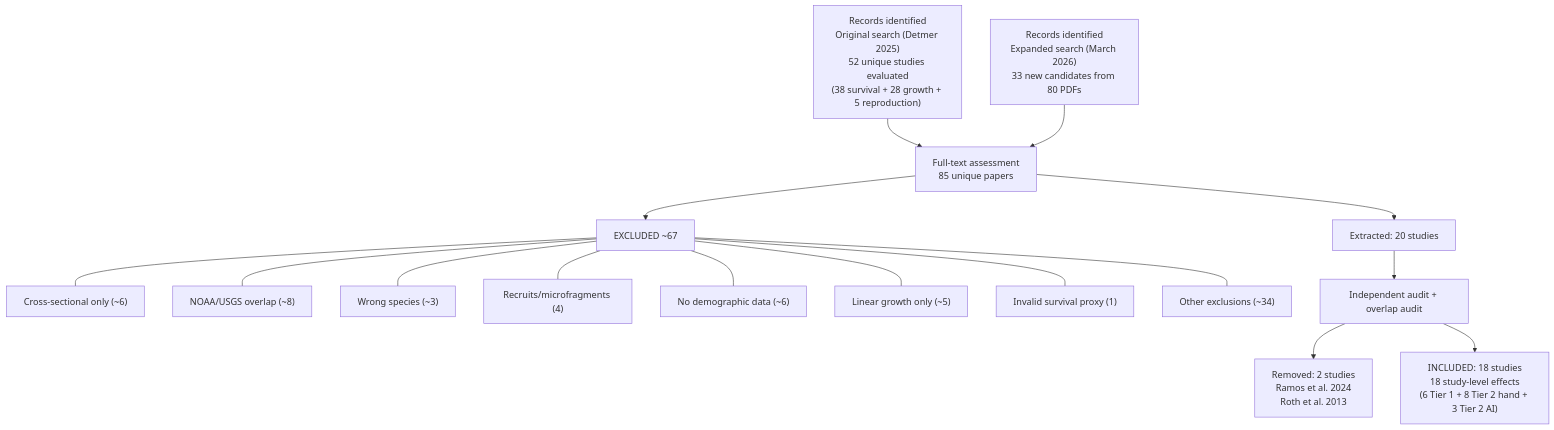
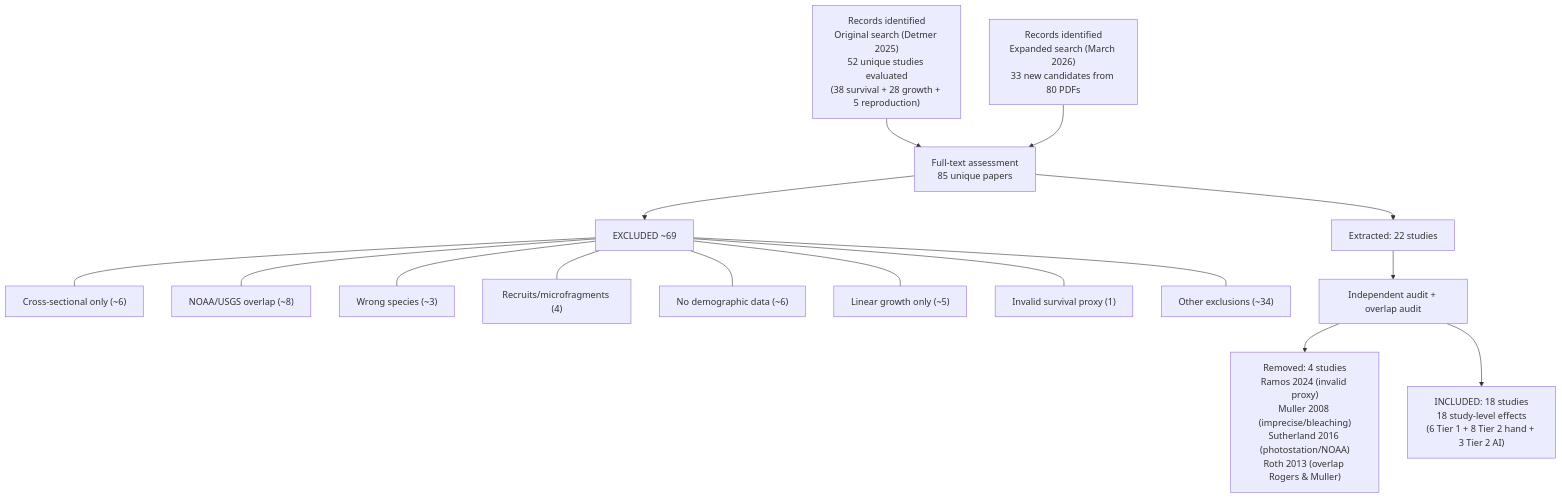
Before and after one commit to stier-lab/rse-2025-detmer-apalmata-rse-parameters: the diagram in 01_protocol/systematic_review_protocol.md, drawn with Mermaid. The commit also changed other lines of this file and 140 other files, not shown here.

````diff
--- a/01_protocol/systematic_review_protocol.md
+++ b/01_protocol/systematic_review_protocol.md
@@ -354,18 +356,18 @@
 ```mermaid
 flowchart TD
     A["Records identified<br/>Original search (Detmer 2025)<br/>52 unique studies evaluated<br/>(38 survival + 28 growth + 5 reproduction)"] --> C
     B["Records identified<br/>Expanded search (March 2026)<br/>33 new candidates from 80 PDFs"] --> C
-    C["Full-text assessment<br/>85 unique papers"] --> D["EXCLUDED ~67"]
-    C --> E["Extracted: 20 studies"]
+    C["Full-text assessment<br/>85 unique papers"] --> D["EXCLUDED ~69"]
+    C --> E["Extracted: 22 studies"]
     D --- D1["Cross-sectional only (~6)"]
     D --- D2["NOAA/USGS overlap (~8)"]
     D --- D3["Wrong species (~3)"]
     D --- D4["Recruits/microfragments (4)"]
     D --- D5["No demographic data (~6)"]
     D --- D6["Linear growth only (~5)"]
     D --- D7["Invalid survival proxy (1)"]
     D --- D8["Other exclusions (~34)"]
     E --> F["Independent audit + overlap audit"]
-    F --> G["Removed: 2 studies<br/>Ramos et al. 2024<br/>Roth et al. 2013"]
+    F --> G["Removed: 4 studies<br/>Ramos 2024 (invalid proxy)<br/>Muller 2008 (imprecise/bleaching)<br/>Sutherland 2016 (photostation/NOAA)<br/>Roth 2013 (overlap Rogers & Muller)"]
     F --> H["INCLUDED: 18 studies<br/>18 study-level effects<br/>(6 Tier 1 + 8 Tier 2 hand + 3 Tier 2 AI)"]
 ```
````
